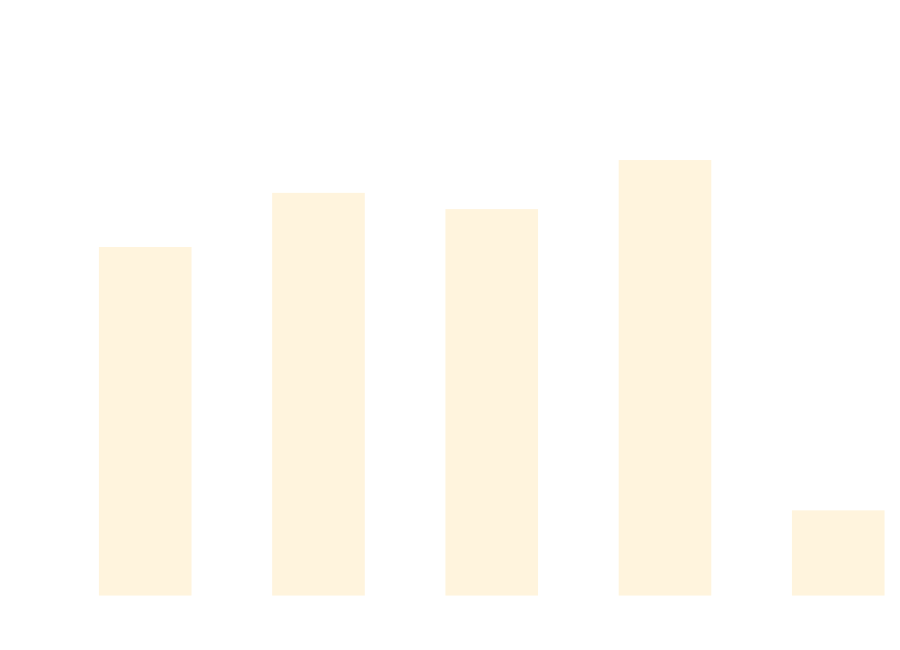
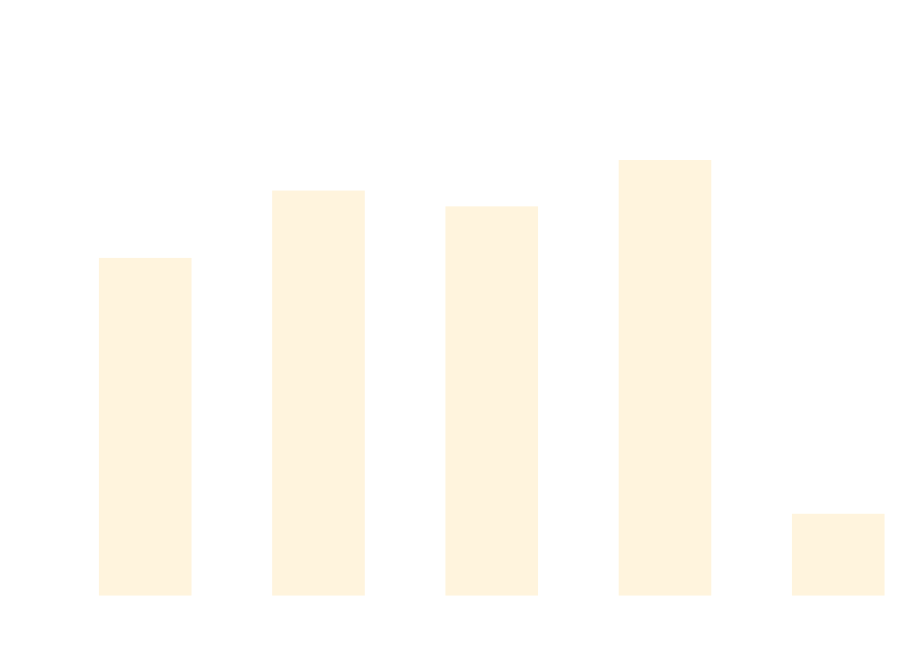
The diagram in docs/docs/benchmarks/AsyncTests.md (thomhurst/TUnit), drawn with Mermaid before and after one commit. The commit also changed other lines of this file and 17 other files, not shown here.

````diff
--- a/docs/docs/benchmarks/AsyncTests.md
+++ b/docs/docs/benchmarks/AsyncTests.md
@@ -27,37 +27,37 @@
 ```mermaid
 %%{init: {
   'theme':'base',
   'themeVariables': {
     'primaryColor': '#2563eb',
     'primaryTextColor': '#ffffff',
     'primaryBorderColor': '#1e40af',
     'lineColor': '#6b7280',
     'secondaryColor': '#7c3aed',
     'tertiaryColor': '#dc2626',
     'background': '#ffffff',
     'mainBkg': '#2563eb',
     'secondBkg': '#7c3aed',
     'tertiaryBkg': '#dc2626',
     'clusterBkg': '#f3f4f6',
     'edgeLabelBackground': '#ffffff',
     'tertiaryTextColor': '#1f2937',
     'pie1': '#2563eb',
     'pie2': '#7c3aed',
     'pie3': '#dc2626',
     'pie4': '#f59e0b',
     'pie5': '#10b981',
     'pie6': '#06b6d4',
     'pie7': '#ec4899',
     'pie8': '#6366f1',
     'pie9': '#84cc16',
     'pie10': '#f97316',
     'pie11': '#14b8a6',
     'pie12': '#a855f7'
   }
 }}%%
 xychart-beta
   title "AsyncTests Performance Comparison"
   x-axis ["TUnit", "NUnit", "MSTest", "xUnit3", "TUnit_AOT"]
-  y-axis "Time (ms)" 0 --> 832
-  bar [551.3, 639.4, 612.9, 692.8, 122.7]
+  y-axis "Time (ms)" 0 --> 882
+  bar [565.6, 681.8, 654.5, 734.5, 124.2]
 ```
````
